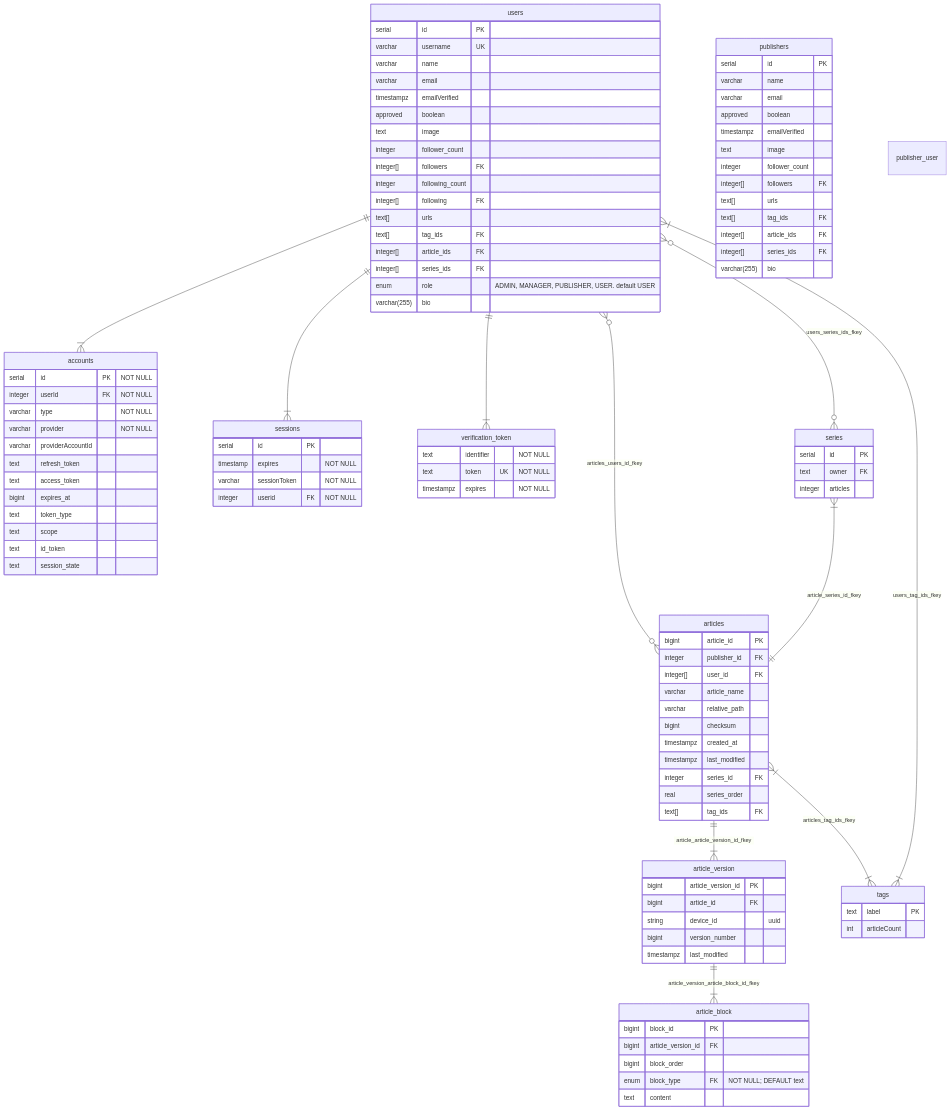
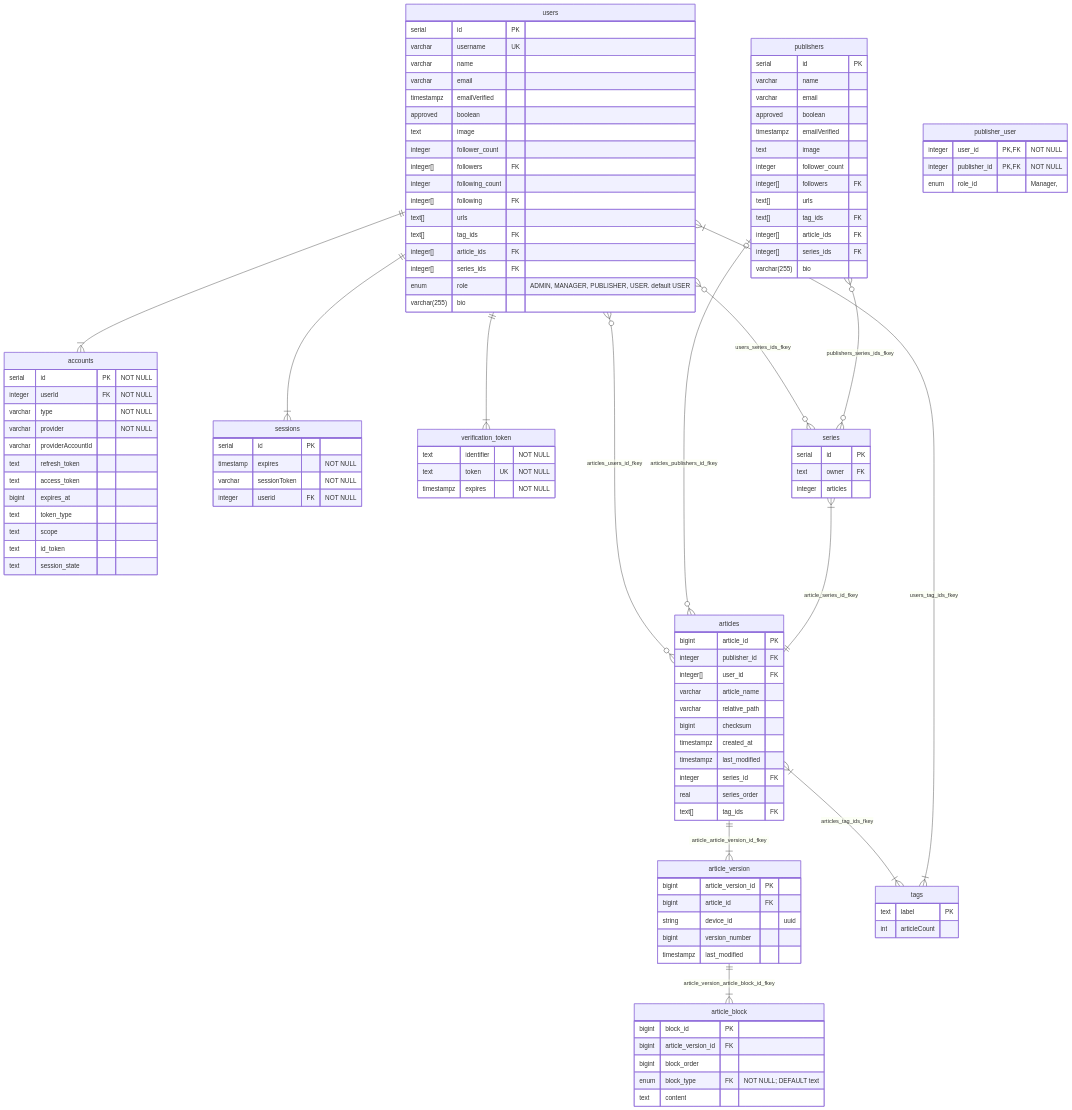
One commit to 4ry1337/my-obsidian changed the sixth of 6 diagrams in Capstone/Diagrams.md. Above: the diagram before and after it, drawn with Mermaid.

Commit message:
vault backup: 2024-01-18 11:23:04

```diff
--- a/Capstone/Diagrams.md
+++ b/Capstone/Diagrams.md
@@ -322,7 +322,9 @@
 	varchar(255) bio
 }
 publisher_user {
-	
+	integer user_id PK, FK "NOT NULL"
+	integer publisher_id PK, FK "NOT NULL"
+	enum role_id "Manager, "
 }
 
 users ||--|{ verification_token : ""
@@ -330,6 +332,7 @@
 users ||--|{ accounts : ""
 
 users }o--o{ articles : articles_users_id_fkey
+publishers |o--o{ articles : articles_publishers_id_fkey
 
 series }|--|| articles : article_series_id_fkey
 
@@ -338,6 +341,7 @@
 article_version ||--|{ article_block : article_version_article_block_id_fkey
 
 users }o--o{ series: users_series_ids_fkey
+publishers }o--o{ series: publishers_series_ids_fkey
 
 articles }|--|{ tags : articles_tag_ids_fkey
 users }|--|{ tags : users_tag_ids_fkey
```
